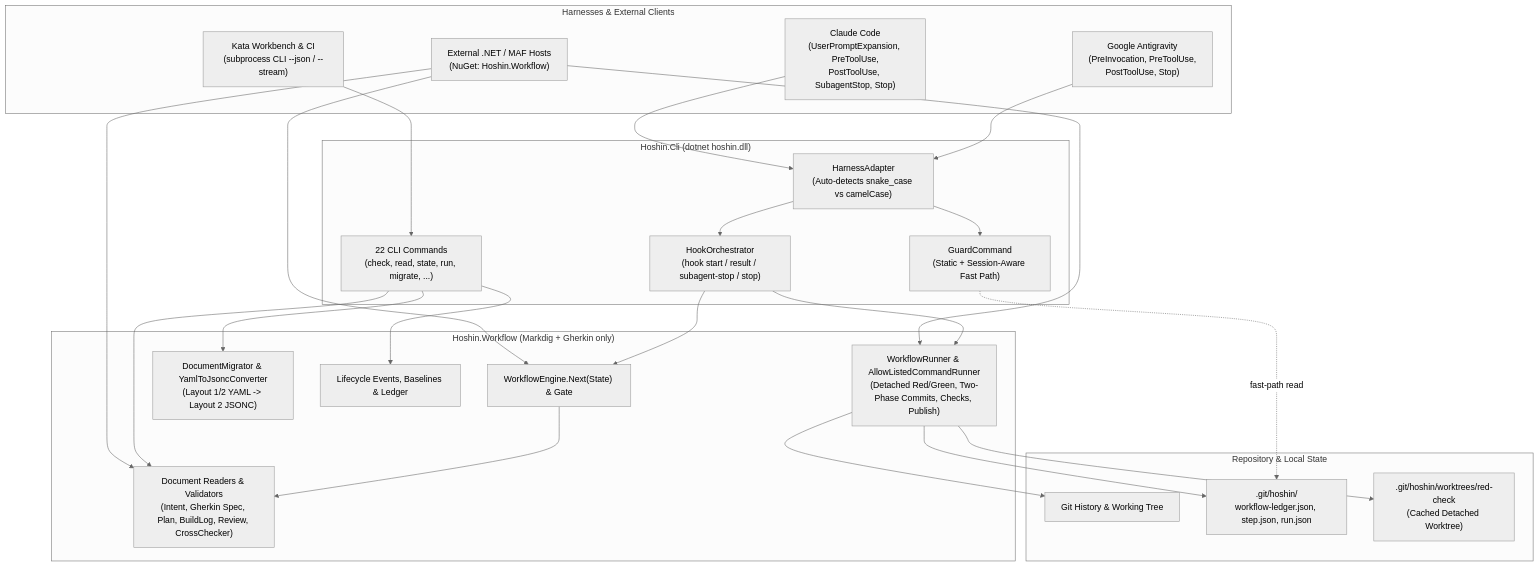
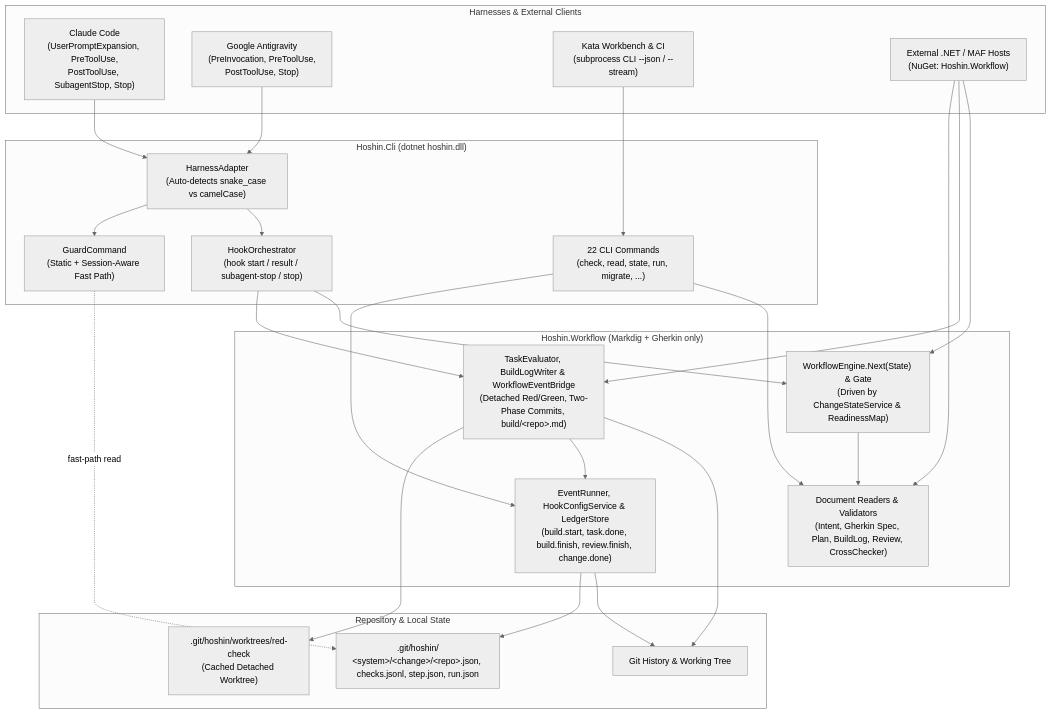
Before and after one commit to satish-krishna/Hoshin.Net: the first of 4 diagrams in DESIGN.md, drawn with Mermaid (neutral theme). The commit also changed other lines of this file and 260 other files, not shown here.

Commit message:
fix(workflow)!: address review findings (#5)

````diff
--- a/DESIGN.md
+++ b/DESIGN.md
@@ -21,41 +21,41 @@
 ```mermaid
 flowchart TB
     subgraph Callers["Harnesses & External Clients"]
         CC["Claude Code<br/>(UserPromptExpansion, PreToolUse,<br/>PostToolUse, SubagentStop, Stop)"]
         AGY["Google Antigravity<br/>(PreInvocation, PreToolUse,<br/>PostToolUse, Stop)"]
         KATA["Kata Workbench & CI<br/>(subprocess CLI --json / --stream)"]
         MAF["External .NET / MAF Hosts<br/>(NuGet: Hoshin.Workflow)"]
     end
 
     subgraph Cli["Hoshin.Cli (dotnet hoshin.dll)"]
         ADAPTER["HarnessAdapter<br/>(Auto-detects snake_case vs camelCase)"]
         ORCH["HookOrchestrator<br/>(hook start / result / subagent-stop / stop)"]
         GUARD["GuardCommand<br/>(Static + Session-Aware Fast Path)"]
         CMDS["22 CLI Commands<br/>(check, read, state, run, migrate, ...)"]
     end
 
     subgraph Lib["Hoshin.Workflow (Markdig + Gherkin only)"]
-        ENGINE["WorkflowEngine.Next(State) & Gate"]
-        RUNNER["WorkflowRunner & AllowListedCommandRunner<br/>(Detached Red/Green, Two-Phase Commits, Checks, Publish)"]
+        ENGINE["WorkflowEngine.Next(State) & Gate<br/>(Driven by ChangeStateService & ReadinessMap)"]
+        RUNNER["TaskEvaluator, BuildLogWriter & WorkflowEventBridge<br/>(Detached Red/Green, Two-Phase Commits, build/&lt;repo&gt;.md)"]
         DOCS["Document Readers & Validators<br/>(Intent, Gherkin Spec, Plan, BuildLog, Review, CrossChecker)"]
-        MIG["DocumentMigrator & YamlToJsoncConverter<br/>(Layout 1/2 YAML -> Layout 2 JSONC)"]
-        EVENTS["Lifecycle Events, Baselines & Ledger"]
+        EVENTS["EventRunner, HookConfigService & LedgerStore<br/>(build.start, task.done, build.finish, review.finish, change.done)"]
     end
 
     subgraph Store["Repository & Local State"]
         GIT["Git History & Working Tree"]
-        LEDGER[".git/hoshin/<br/>workflow-ledger.json, step.json, run.json"]
+        LEDGER[".git/hoshin/<br/>&lt;system&gt;/&lt;change&gt;/&lt;repo&gt;.json, checks.jsonl, step.json, run.json"]
         WT[".git/hoshin/worktrees/red-check<br/>(Cached Detached Worktree)"]
     end
 
     CC & AGY --> ADAPTER
     ADAPTER --> ORCH & GUARD
     KATA --> CMDS
     MAF --> ENGINE & RUNNER & DOCS
 
     ORCH --> ENGINE & RUNNER
     GUARD -. "fast-path read" .-> LEDGER
-    CMDS --> DOCS & MIG & EVENTS
+    CMDS --> DOCS & EVENTS
     ENGINE --> DOCS
-    RUNNER --> GIT & LEDGER & WT
+    RUNNER --> GIT & EVENTS & WT
+    EVENTS --> GIT & LEDGER
 ```
````
